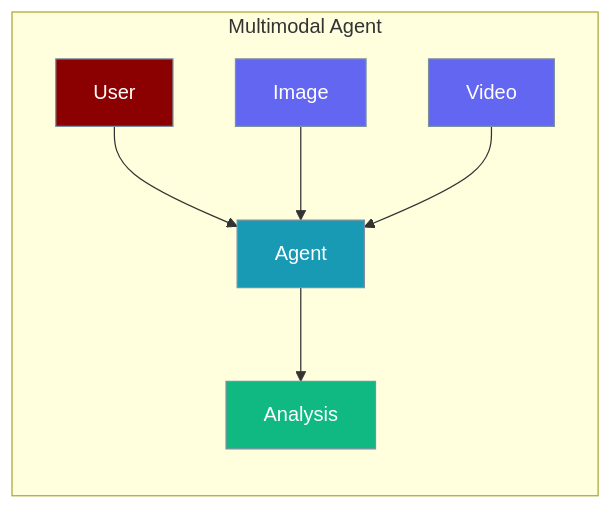
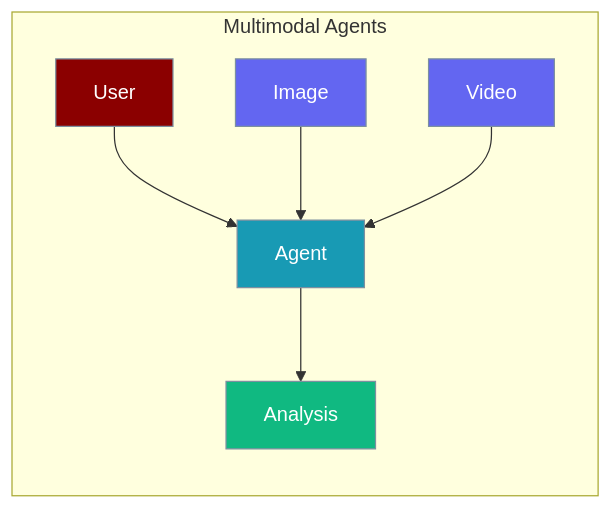
The first of 2 diagrams in docs/features/multimodal.mdx (MervinPraison/PraisonAIDocs), drawn with Mermaid before and after one commit. The commit also changed 45 other files, not shown here.

First line of the commit message:
docs: fix truncated Mermaid diagram feature names (22-char cutoff)

````diff
--- a/docs/features/multimodal.mdx
+++ b/docs/features/multimodal.mdx
@@ -23,19 +23,19 @@
 ```mermaid
 graph LR
-    subgraph "Multimodal Agent"
+    subgraph "Multimodal Agents"
         U[User] --> A[Agent]
         I[Image] --> A
         V[Video] --> A
         A --> R[Analysis]
     end
 
     classDef agent fill:#8B0000,stroke:#7C90A0,color:#fff
     classDef process fill:#189AB4,stroke:#7C90A0,color:#fff
     classDef input fill:#6366F1,stroke:#7C90A0,color:#fff
     classDef output fill:#10B981,stroke:#7C90A0,color:#fff
 
     class U agent
     class A process
     class I,V input
     class R output
 ```
````
